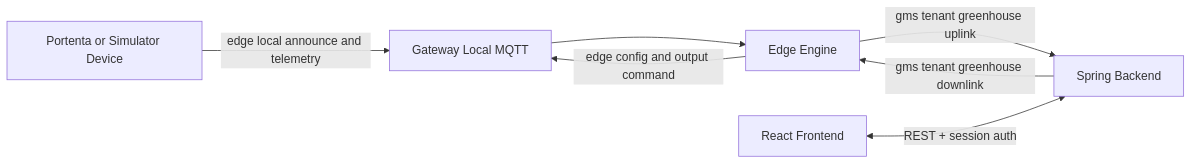
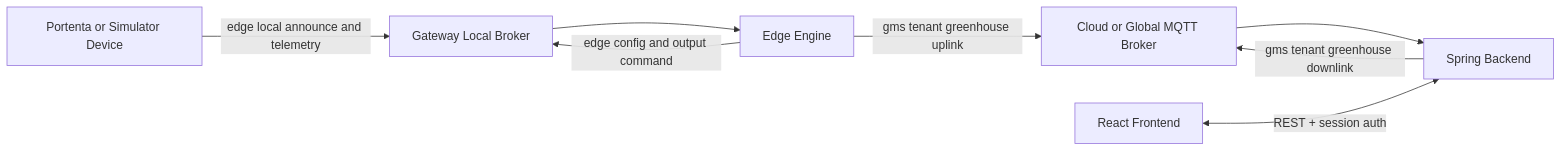
Before and after one commit to gms-pbl/gms-firmware: the diagram in README.md, drawn with Mermaid. The commit also changed other lines of this file and 2 other files, not shown here.

````diff
--- a/README.md
+++ b/README.md
@@ -17,9 +17,10 @@
 ```mermaid
 flowchart LR
-  P[Portenta or Simulator Device] -->|edge local announce and telemetry| M[Gateway Local MQTT]
-  M --> E[Edge Engine]
-  E -->|gms tenant greenhouse uplink| B[Spring Backend]
-  B -->|gms tenant greenhouse downlink| E
-  E -->|edge config and output command| M
+  P[Portenta or Simulator Device] -->|edge local announce and telemetry| L[Gateway Local Broker]
+  L --> E[Edge Engine]
+  E -->|gms tenant greenhouse uplink| C[Cloud or Global MQTT Broker]
+  C --> B[Spring Backend]
+  B -->|gms tenant greenhouse downlink| C
+  E -->|edge config and output command| L
   F[React Frontend] <-->|REST + session auth| B
 ```
````
